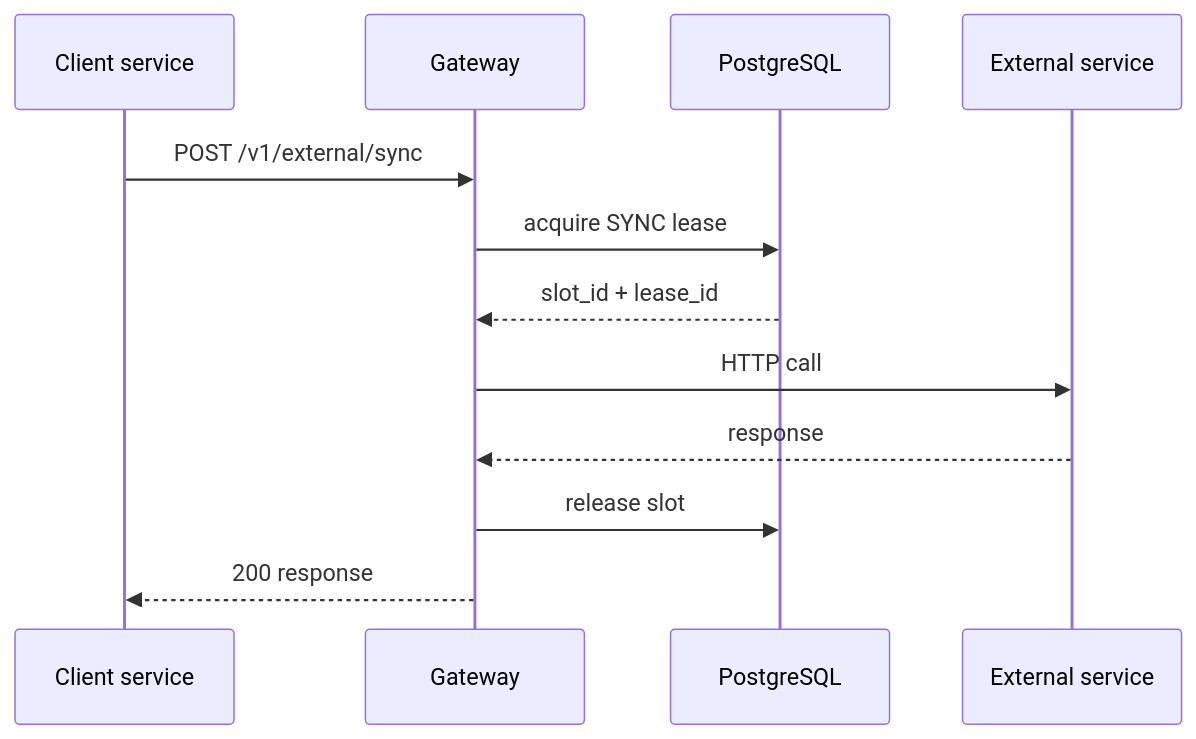
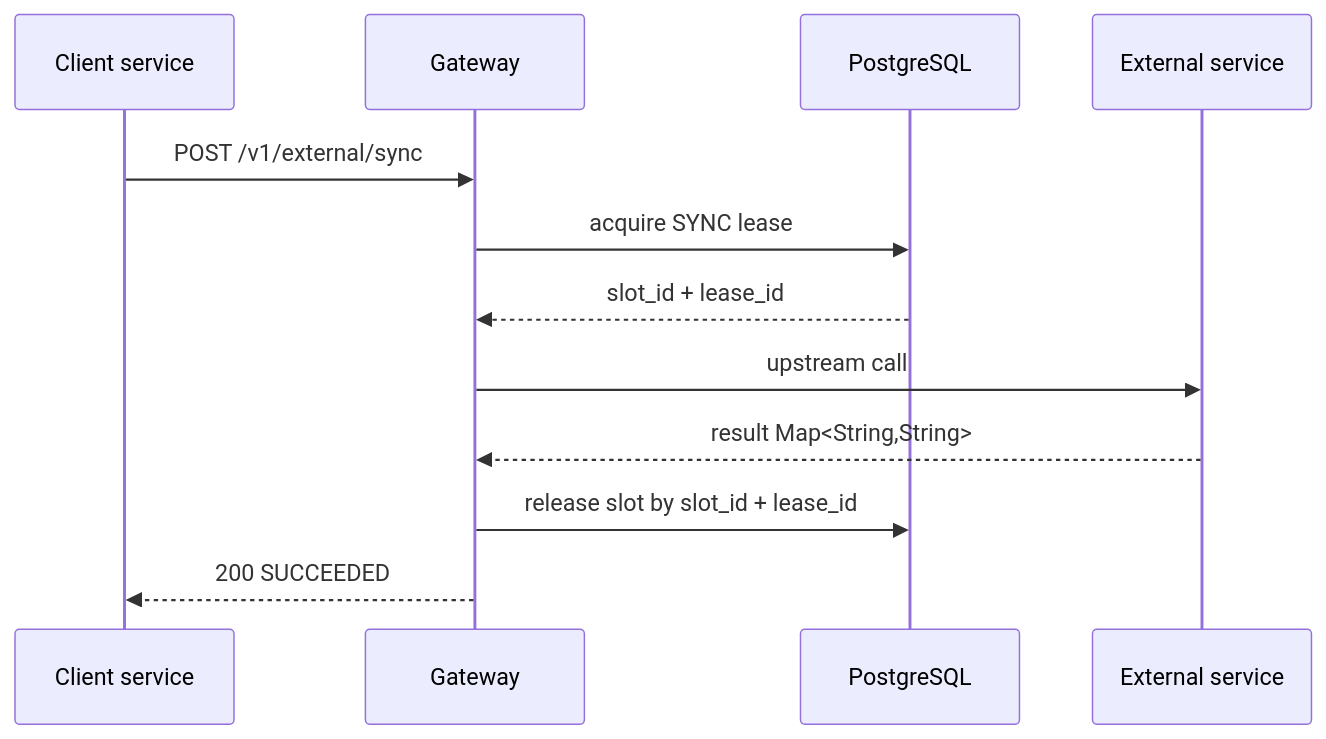
Before and after one commit to DenisVanin4402/TestQwenCli: the second of 11 diagrams in docs/external-service-gateway/README.md, drawn with Mermaid. The commit also changed other lines of this file and 11 other files, not shown here.

````diff
--- a/docs/external-service-gateway/README.md
+++ b/docs/external-service-gateway/README.md
@@ -139,15 +116,15 @@
 ```mermaid
 sequenceDiagram
     participant C as Client service
     participant G as Gateway
     participant DB as PostgreSQL
     participant E as External service
 
     C->>G: POST /v1/external/sync
     G->>DB: acquire SYNC lease
     DB-->>G: slot_id + lease_id
-    G->>E: HTTP call
-    E-->>G: response
-    G->>DB: release slot
-    G-->>C: 200 response
+    G->>E: upstream call
+    E-->>G: result Map<String,String>
+    G->>DB: release slot by slot_id + lease_id
+    G-->>C: 200 SUCCEEDED
 ```
````
